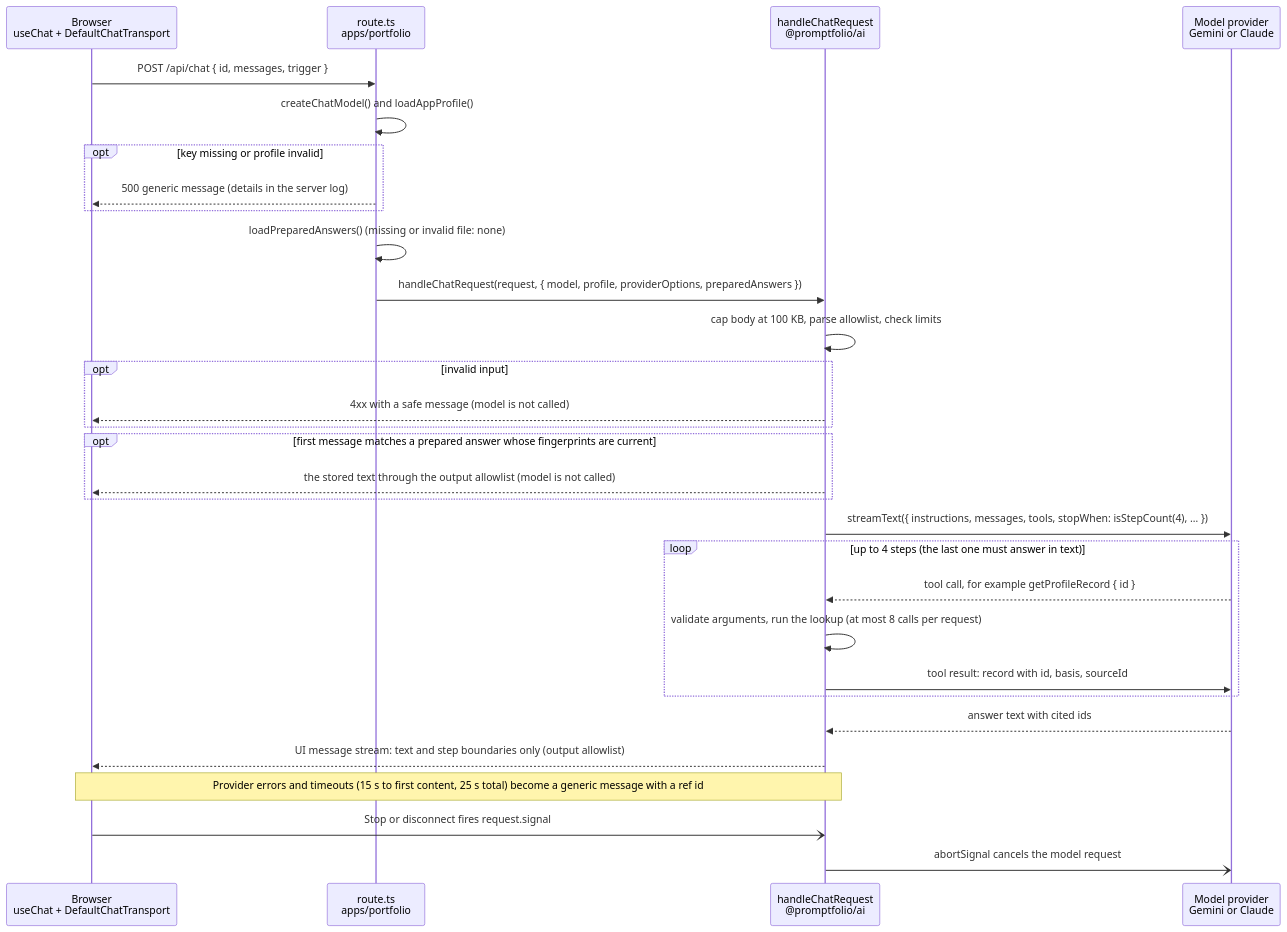
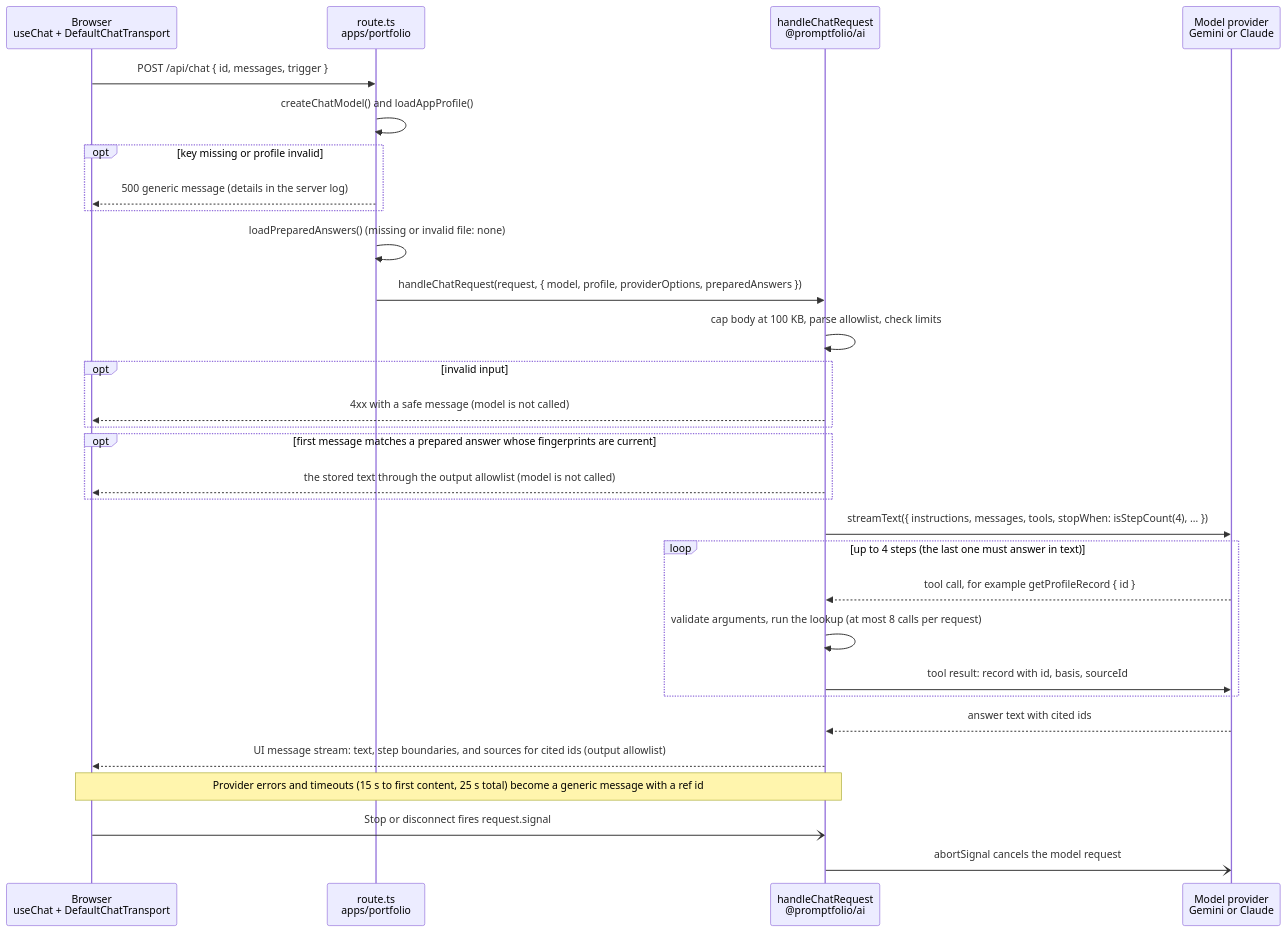
One commit to promptfolios/promptfolio changed the second of 7 diagrams in docs/ARCHITECTURE.md. Above: the diagram before and after it, drawn with Mermaid. The commit also changed other lines of this file and 2 other files, not shown here.

Commit message:
docs: record the M11.2 results and update the architecture

````diff
--- a/docs/ARCHITECTURE.md
+++ b/docs/ARCHITECTURE.md
@@ -143,33 +144,33 @@
 ```mermaid
 sequenceDiagram
     participant B as Browser<br/>useChat + DefaultChatTransport
     participant R as route.ts<br/>apps/portfolio
     participant H as handleChatRequest<br/>@promptfolio/ai
     participant P as Model provider<br/>Gemini or Claude
 
     B->>R: POST /api/chat { id, messages, trigger }
     R->>R: createChatModel() and loadAppProfile()
     opt key missing or profile invalid
         R-->>B: 500 generic message (details in the server log)
     end
     R->>R: loadPreparedAnswers() (missing or invalid file: none)
     R->>H: handleChatRequest(request, { model, profile, providerOptions, preparedAnswers })
     H->>H: cap body at 100 KB, parse allowlist, check limits
     opt invalid input
         H-->>B: 4xx with a safe message (model is not called)
     end
     opt first message matches a prepared answer whose fingerprints are current
         H-->>B: the stored text through the output allowlist (model is not called)
     end
     H->>P: streamText({ instructions, messages, tools, stopWhen: isStepCount(4), … })
     loop up to 4 steps (the last one must answer in text)
         P-->>H: tool call, for example getProfileRecord { id }
         H->>H: validate arguments, run the lookup (at most 8 calls per request)
         H->>P: tool result: record with id, basis, sourceId
     end
     P-->>H: answer text with cited ids
-    H-->>B: UI message stream: text and step boundaries only (output allowlist)
+    H-->>B: UI message stream: text, step boundaries, and sources for cited ids (output allowlist)
     Note over B,H: Provider errors and timeouts (15 s to first content, 25 s total) become a generic message with a ref id
     B-)H: Stop or disconnect fires request.signal
     H-)P: abortSignal cancels the model request
 ```
````
